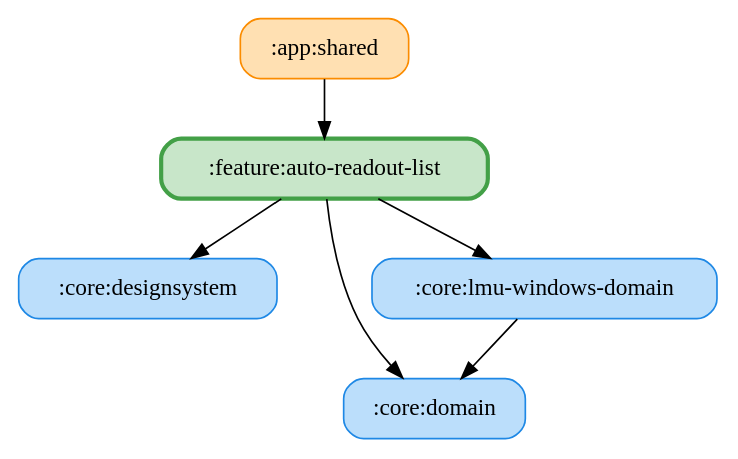
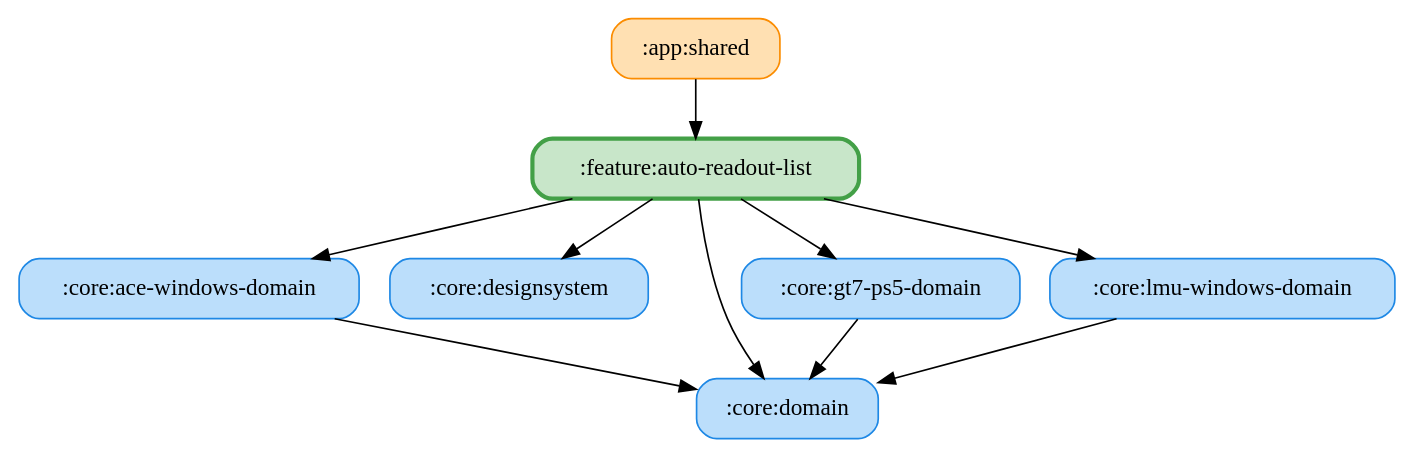
The diagram in docs/graphs/feature-auto-readout-list.gv (ai-kurou/KoDriver), drawn with Graphviz before and after one commit. The commit also changed 17 other files, not shown here.

Commit message:
chore: update module graph images

```diff
--- a/docs/graphs/feature-auto-readout-list.gv
+++ b/docs/graphs/feature-auto-readout-list.gv
@@ -1,14 +1,20 @@
 digraph G {
   rankdir=TB
   node [shape=box, style="rounded,filled"]
   ":app:shared" [fillcolor="#FFE0B2", color="#FB8C00", penwidth=1]
+  ":core:ace-windows-domain" [fillcolor="#BBDEFB", color="#1E88E5", penwidth=1]
   ":core:designsystem" [fillcolor="#BBDEFB", color="#1E88E5", penwidth=1]
   ":core:domain" [fillcolor="#BBDEFB", color="#1E88E5", penwidth=1]
+  ":core:gt7-ps5-domain" [fillcolor="#BBDEFB", color="#1E88E5", penwidth=1]
   ":core:lmu-windows-domain" [fillcolor="#BBDEFB", color="#1E88E5", penwidth=1]
   ":feature:auto-readout-list" [fillcolor="#C8E6C9", color="#43A047", penwidth=2.5]
   ":app:shared" -> ":feature:auto-readout-list"
+  ":core:ace-windows-domain" -> ":core:domain"
+  ":core:gt7-ps5-domain" -> ":core:domain"
   ":core:lmu-windows-domain" -> ":core:domain"
   ":feature:auto-readout-list" -> ":core:domain"
   ":feature:auto-readout-list" -> ":core:lmu-windows-domain"
+  ":feature:auto-readout-list" -> ":core:ace-windows-domain"
+  ":feature:auto-readout-list" -> ":core:gt7-ps5-domain"
   ":feature:auto-readout-list" -> ":core:designsystem"
 }
```
